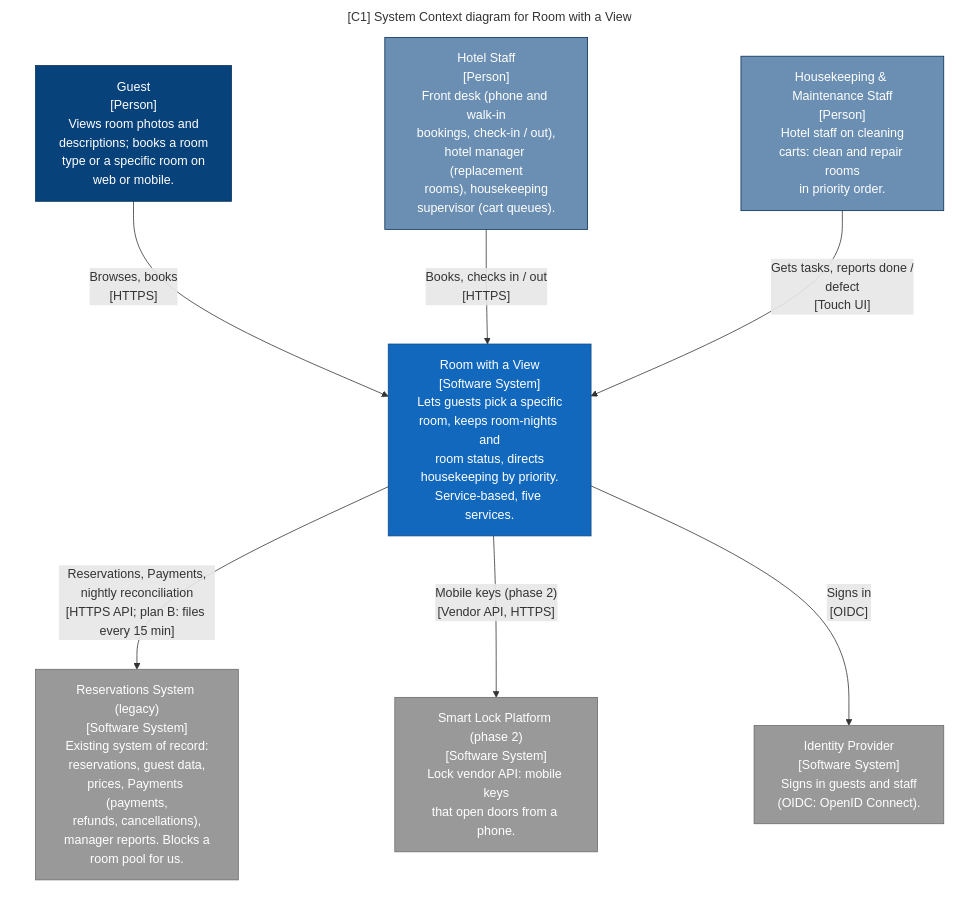
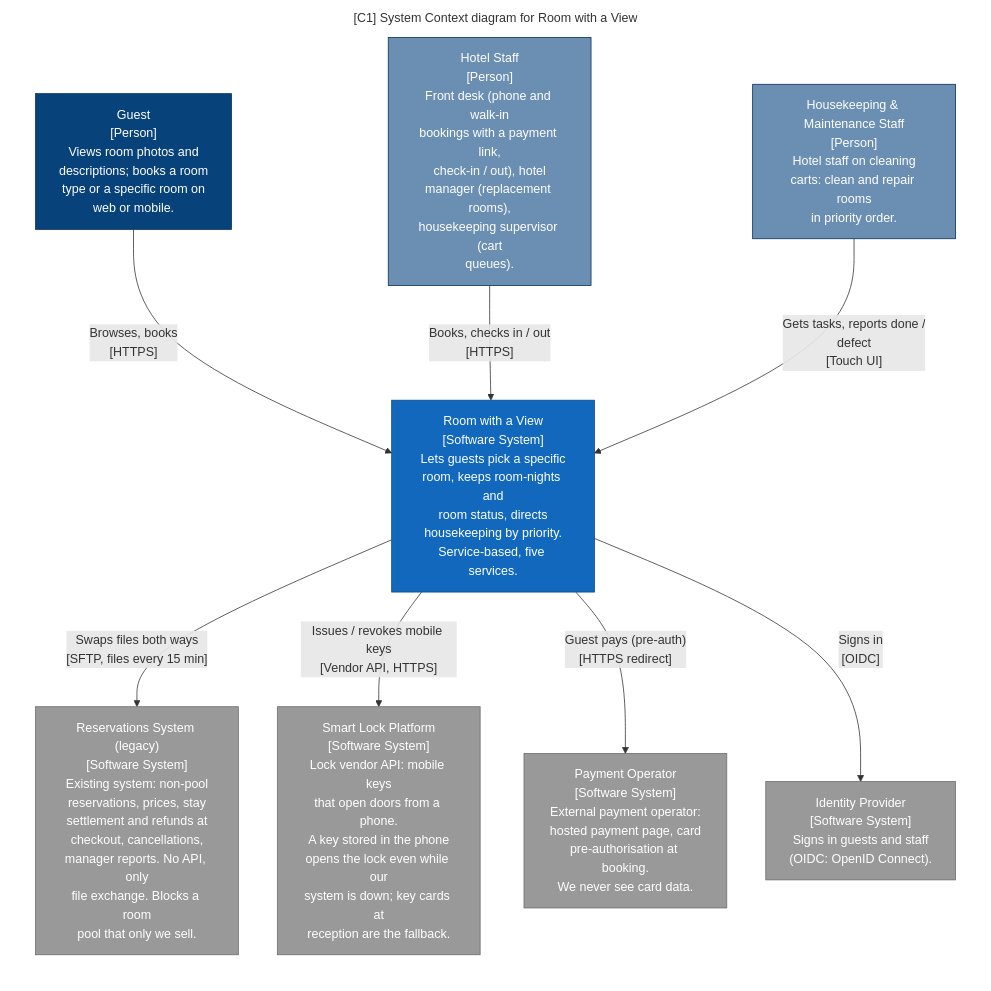
One commit to patrykkarny/Kata-workshopAI changed the diagram in zadanie/c4/out/mermaid-plain/C1-SystemContext.mmd. Above: the diagram before and after it, drawn with Mermaid. The commit also changed 28 other files, not shown here.

Commit message:
c4 i prezentacja: pliki z legacy, operator płatności, smart locki w MVP, nowe top 3

```diff
--- a/zadanie/c4/out/mermaid-plain/C1-SystemContext.mmd
+++ b/zadanie/c4/out/mermaid-plain/C1-SystemContext.mmd
@@ -1,29 +1,32 @@
 graph LR
   linkStyle default fill:#ffffff
 
   subgraph diagram ["[C1] System Context diagram for Room with a View"]
     style diagram fill:#ffffff,stroke:#ffffff
 
     1["Guest<br/>[Person]<br/>Views room photos and<br/>descriptions; books a room<br/>type or a specific room on<br/>web or mobile."]
     style 1 fill:#08427b,stroke:#052e56,color:#ffffff
-    15["Reservations System (legacy)<br/>[Software System]<br/>Existing system of record:<br/>reservations, guest data,<br/>prices, Payments (payments,<br/>refunds, cancellations),<br/>manager reports. Blocks a<br/>room pool for us."]
+    15["Reservations System (legacy)<br/>[Software System]<br/>Existing system: non-pool<br/>reservations, prices, stay<br/>settlement and refunds at<br/>checkout, cancellations,<br/>manager reports. No API, only<br/>file exchange. Blocks a room<br/>pool that only we sell."]
     style 15 fill:#999999,stroke:#6b6b6b,color:#ffffff
-    16["Smart Lock Platform (phase 2)<br/>[Software System]<br/>Lock vendor API: mobile keys<br/>that open doors from a phone."]
+    16["Smart Lock Platform<br/>[Software System]<br/>Lock vendor API: mobile keys<br/>that open doors from a phone.<br/>A key stored in the phone<br/>opens the lock even while our<br/>system is down; key cards at<br/>reception are the fallback."]
     style 16 fill:#999999,stroke:#6b6b6b,color:#ffffff
-    17["Identity Provider<br/>[Software System]<br/>Signs in guests and staff<br/>(OIDC: OpenID Connect)."]
+    17["Payment Operator<br/>[Software System]<br/>External payment operator:<br/>hosted payment page, card<br/>pre-authorisation at booking.<br/>We never see card data."]
     style 17 fill:#999999,stroke:#6b6b6b,color:#ffffff
-    2["Hotel Staff<br/>[Person]<br/>Front desk (phone and walk-in<br/>bookings, check-in / out),<br/>hotel manager (replacement<br/>rooms), housekeeping<br/>supervisor (cart queues)."]
+    18["Identity Provider<br/>[Software System]<br/>Signs in guests and staff<br/>(OIDC: OpenID Connect)."]
+    style 18 fill:#999999,stroke:#6b6b6b,color:#ffffff
+    2["Hotel Staff<br/>[Person]<br/>Front desk (phone and walk-in<br/>bookings with a payment link,<br/>check-in / out), hotel<br/>manager (replacement rooms),<br/>housekeeping supervisor (cart<br/>queues)."]
     style 2 fill:#6b8fb3,stroke:#052e56,color:#ffffff
     3["Housekeeping & Maintenance Staff<br/>[Person]<br/>Hotel staff on cleaning<br/>carts: clean and repair rooms<br/>in priority order."]
     style 3 fill:#6b8fb3,stroke:#052e56,color:#ffffff
     4["Room with a View<br/>[Software System]<br/>Lets guests pick a specific<br/>room, keeps room-nights and<br/>room status, directs<br/>housekeeping by priority.<br/>Service-based, five services."]
     style 4 fill:#1168bd,stroke:#0b4884,color:#ffffff
 
     1-- "Browses, books<br/>[HTTPS]" -->4
     2-- "Books, checks in / out<br/>[HTTPS]" -->4
     3-- "Gets tasks, reports done /<br/>defect<br/>[Touch UI]" -->4
-    4-- "Signs in<br/>[OIDC]" -->17
-    4-- "Reservations, Payments,<br/>nightly reconciliation<br/>[HTTPS API; plan B: files every 15 min]" -->15
-    4-- "Mobile keys (phase 2)<br/>[Vendor API, HTTPS]" -->16
+    4-- "Guest pays (pre-auth)<br/>[HTTPS redirect]" -->17
+    4-- "Signs in<br/>[OIDC]" -->18
+    4-- "Issues / revokes mobile keys<br/>[Vendor API, HTTPS]" -->16
+    4-- "Swaps files both ways<br/>[SFTP, files every 15 min]" -->15
 
   end
```
